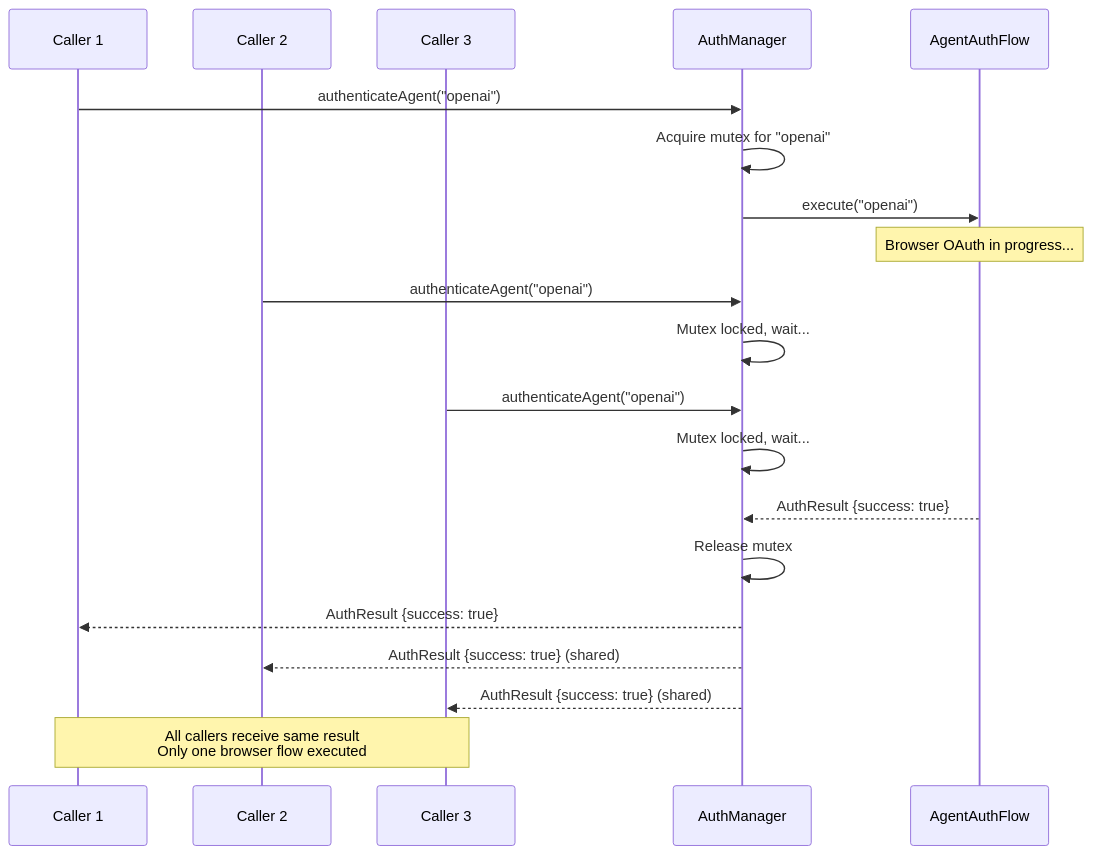
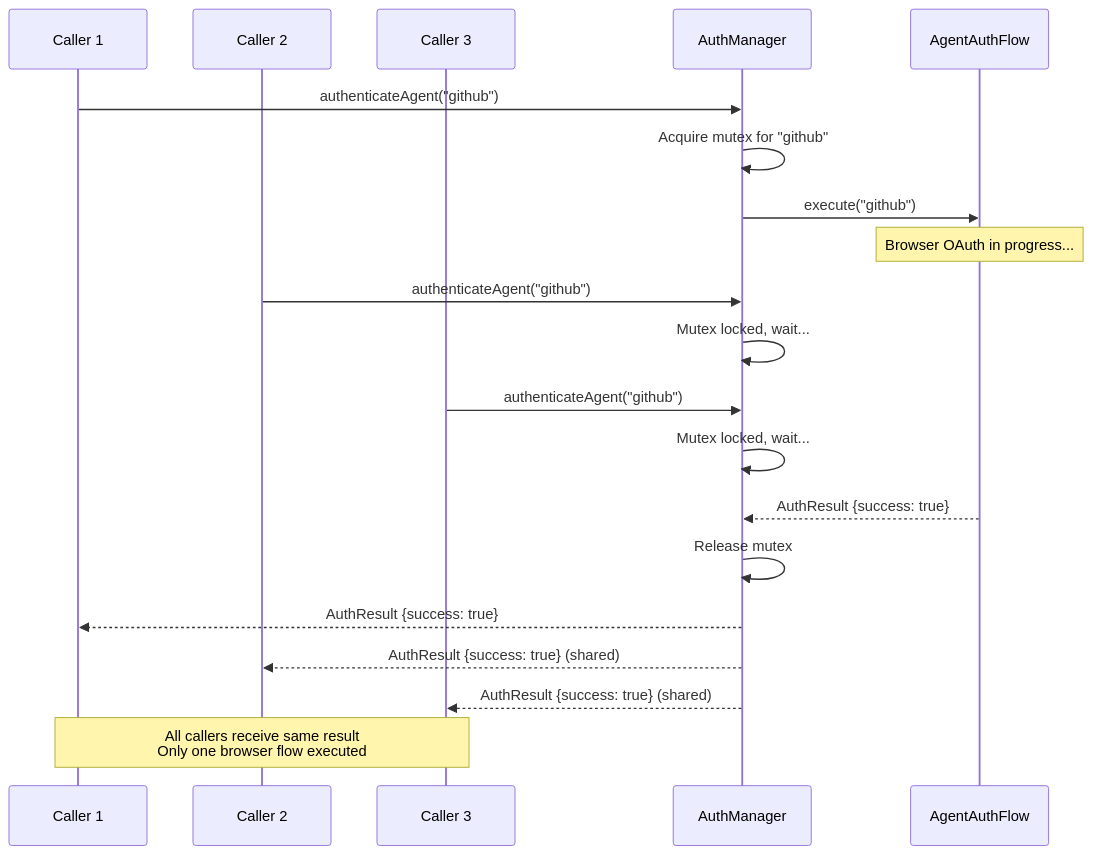
One commit to stdiobus/workers-registry changed the sixth of 6 diagrams in docs/oauth/technical-reference.md. Above: the diagram before and after it, drawn with Mermaid. The commit also changed other lines of this file and 29 other files, not shown here.

````diff
--- a/docs/oauth/technical-reference.md
+++ b/docs/oauth/technical-reference.md
@@ -401,29 +587,29 @@
 ```mermaid
 sequenceDiagram
     participant C1 as Caller 1
     participant C2 as Caller 2
     participant C3 as Caller 3
     participant AM as AuthManager
     participant Flow as AgentAuthFlow
 
-    C1->>AM: authenticateAgent("openai")
-    AM->>AM: Acquire mutex for "openai"
-    AM->>Flow: execute("openai")
+    C1->>AM: authenticateAgent("github")
+    AM->>AM: Acquire mutex for "github"
+    AM->>Flow: execute("github")
     
     Note over Flow: Browser OAuth in progress...
     
-    C2->>AM: authenticateAgent("openai")
+    C2->>AM: authenticateAgent("github")
     AM->>AM: Mutex locked, wait...
     
-    C3->>AM: authenticateAgent("openai")
+    C3->>AM: authenticateAgent("github")
     AM->>AM: Mutex locked, wait...
     
     Flow-->>AM: AuthResult {success: true}
     AM->>AM: Release mutex
     
     AM-->>C1: AuthResult {success: true}
     AM-->>C2: AuthResult {success: true} (shared)
     AM-->>C3: AuthResult {success: true} (shared)
     
     Note over C1,C3: All callers receive same result<br/>Only one browser flow executed
 ```
````
